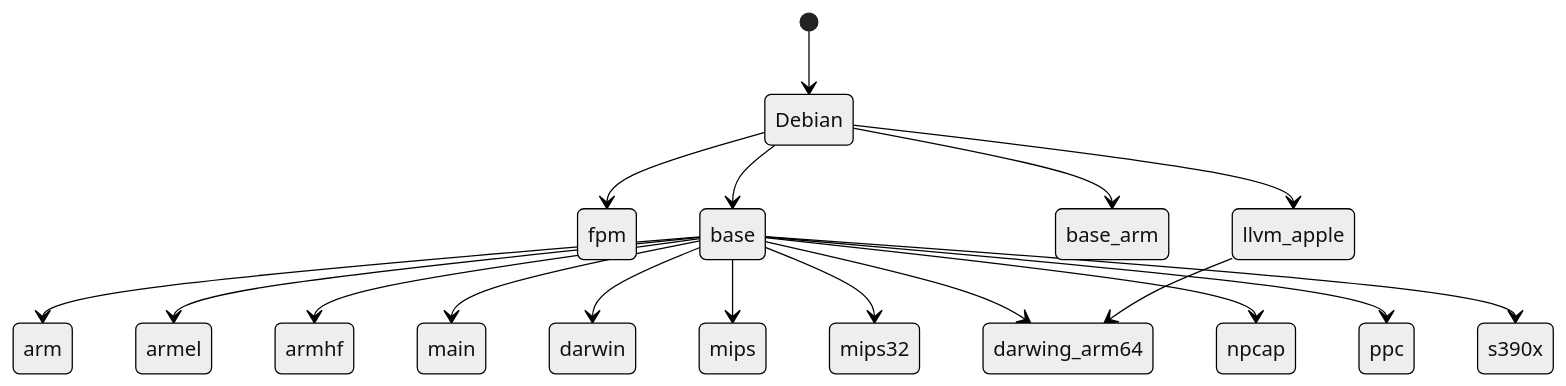
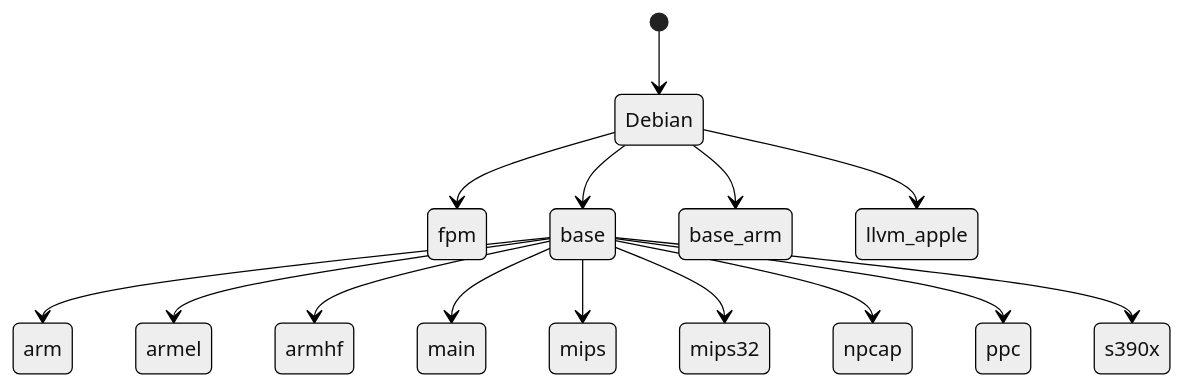
The diagram in README.md (elastic/golang-crossbuild), drawn with Mermaid (neutral theme) before and after one commit. The commit also changed other lines of this file, not shown here.

Commit message:
Update readme to remove Darwin ref

````diff
--- a/README.md
+++ b/README.md
@@ -194,20 +188,17 @@
 ```mermaid
 stateDiagram-v2
     [*] --> Debian
     Debian --> fpm
     Debian --> base
     Debian --> base_arm
     Debian --> llvm_apple
-    llvm_apple --> darwing_arm64
     base --> arm
     base --> armel
     base --> armhf
     base --> main
-    base --> darwin
-    base --> darwing_arm64
     base --> mips
     base --> mips32
     base --> npcap
     base --> ppc
     base --> s390x
 ```
````
